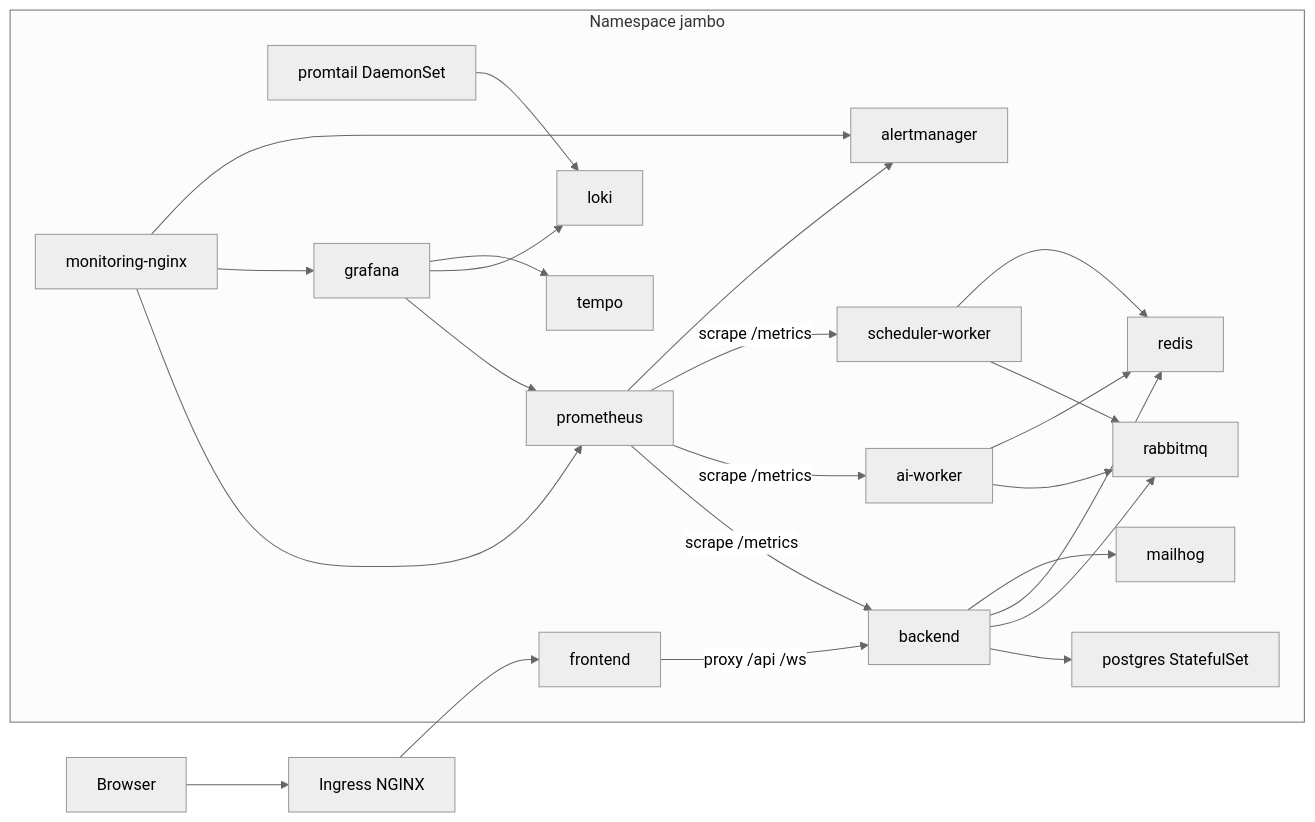
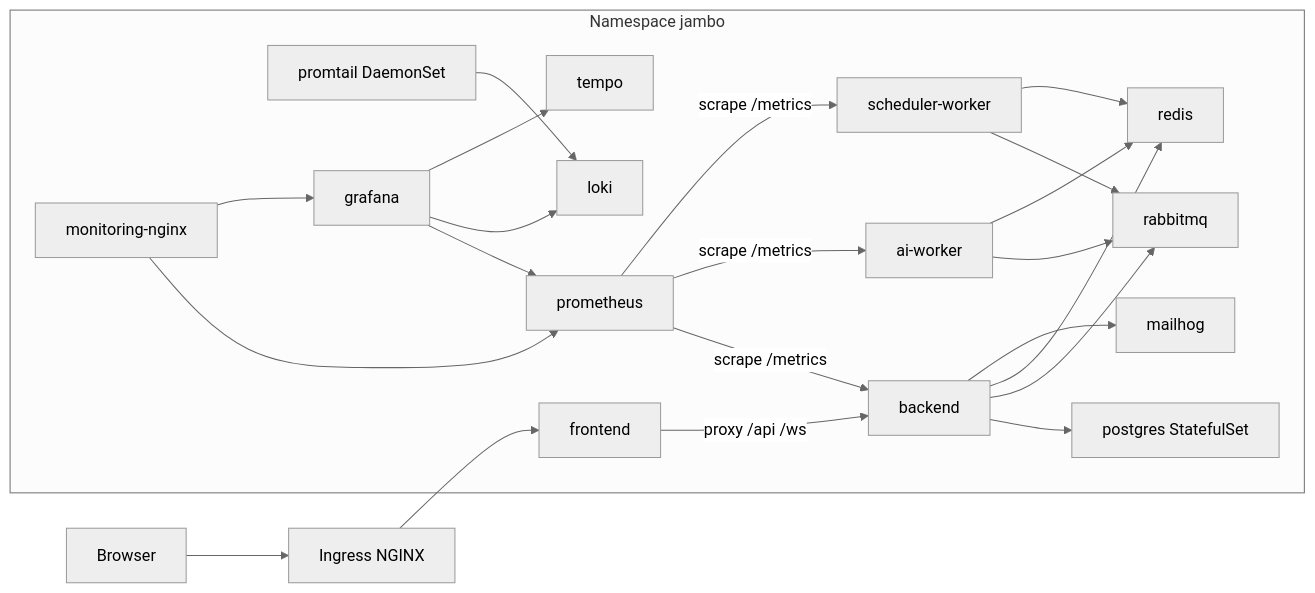
The diagram in docs/DEPLOYMENT.md (jtombiamba/rust_jambo), drawn with Mermaid (neutral theme) before and after one commit. The commit also changed other lines of this file and 43 other files, not shown here.

````diff
--- a/docs/DEPLOYMENT.md
+++ b/docs/DEPLOYMENT.md
@@ -26,42 +26,39 @@
 ```mermaid
 flowchart LR
     subgraph Namespace jambo
         PG[postgres StatefulSet]
         RQ[rabbitmq]
         RD[redis]
         MH[mailhog]
         BE[backend]
         FE[frontend]
         AI[ai-worker]
         SW[scheduler-worker]
         LOKI[loki]
         PT[promtail DaemonSet]
         TEMPO[tempo]
         GRA[grafana]
-        AM[alertmanager]
         PRO[prometheus]
         MON[monitoring-nginx]
     end
     ING[Ingress NGINX]
     USER[Browser] --> ING --> FE
     FE -->|proxy /api /ws| BE
     BE --> PG
     BE --> RQ
     BE --> RD
     AI --> RQ
     AI --> RD
     SW --> RQ
     SW --> RD
     BE --> MH
     PRO -->|scrape /metrics| BE
     PRO -->|scrape /metrics| AI
     PRO -->|scrape /metrics| SW
-    PRO --> AM
     GRA --> PRO
     GRA --> LOKI
     GRA --> TEMPO
     MON --> PRO
     MON --> GRA
-    MON --> AM
     PT --> LOKI
 ```
````
